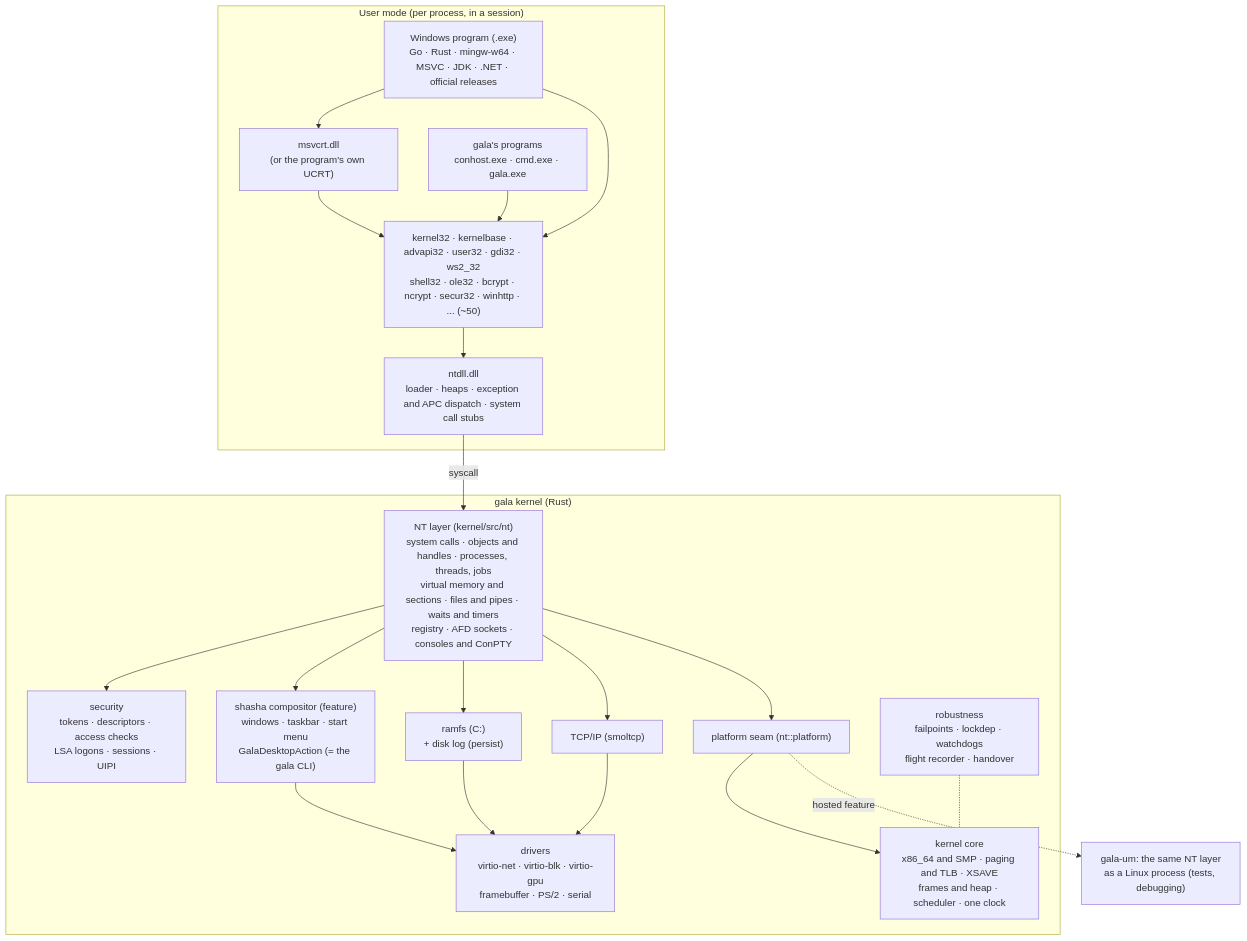
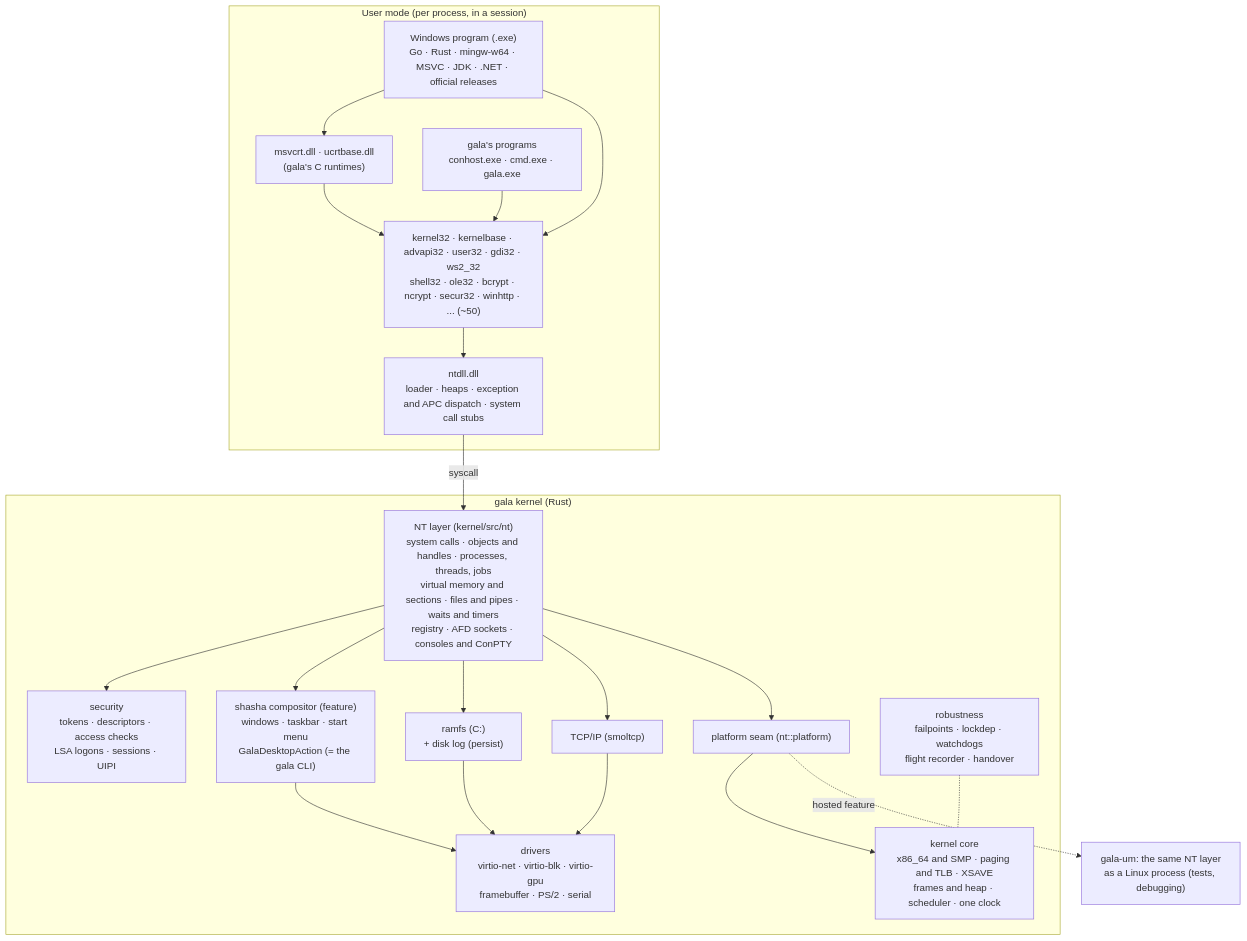
One commit to bjorn-ali-goransson/gala-os changed the first of 12 diagrams in README.md. Above: the diagram before and after it, drawn with Mermaid. The commit also changed 34 other files, not shown here.

````diff
--- a/README.md
+++ b/README.md
@@ -360,36 +360,36 @@
 ```mermaid
 flowchart TB
     subgraph user["User mode (per process, in a session)"]
         app["Windows program (.exe)<br/>Go · Rust · mingw-w64 · MSVC · JDK · .NET · official releases"]
-        crt["msvcrt.dll<br/>(or the program's own UCRT)"]
+        crt["msvcrt.dll · ucrtbase.dll<br/>(gala's C runtimes)"]
         dlls["kernel32 · kernelbase · advapi32 · user32 · gdi32 · ws2_32<br/>shell32 · ole32 · bcrypt · ncrypt · secur32 · winhttp · ... (~50)"]
         ntdll["ntdll.dll<br/>loader · heaps · exception and APC dispatch · system call stubs"]
         tools["gala's programs<br/>conhost.exe · cmd.exe · gala.exe"]
         app --> crt --> dlls --> ntdll
         app --> dlls
         tools --> dlls
     end
     subgraph kernel["gala kernel (Rust)"]
         nt["NT layer (kernel/src/nt)<br/>system calls · objects and handles · processes, threads, jobs<br/>virtual memory and sections · files and pipes · waits and timers<br/>registry · AFD sockets · consoles and ConPTY"]
         sec["security<br/>tokens · descriptors · access checks<br/>LSA logons · sessions · UIPI"]
         shasha["shasha compositor (feature)<br/>windows · taskbar · start menu<br/>GalaDesktopAction (= the gala CLI)"]
         seam["platform seam (nt::platform)"]
         core["kernel core<br/>x86_64 and SMP · paging and TLB · XSAVE<br/>frames and heap · scheduler · one clock"]
         fs["ramfs (C:)<br/>+ disk log (persist)"]
         net["TCP/IP (smoltcp)"]
         drv["drivers<br/>virtio-net · virtio-blk · virtio-gpu<br/>framebuffer · PS/2 · serial"]
         rob["robustness<br/>failpoints · lockdep · watchdogs<br/>flight recorder · handover"]
         nt --> sec
         nt --> shasha
         nt --> fs
         nt --> net
         nt --> seam --> core
         fs --> drv
         net --> drv
         shasha --> drv
         rob -.- core
     end
     um["gala-um: the same NT layer<br/>as a Linux process (tests, debugging)"]
     ntdll -- "syscall" --> nt
     seam -. "hosted feature" .-> um
 ```
````
